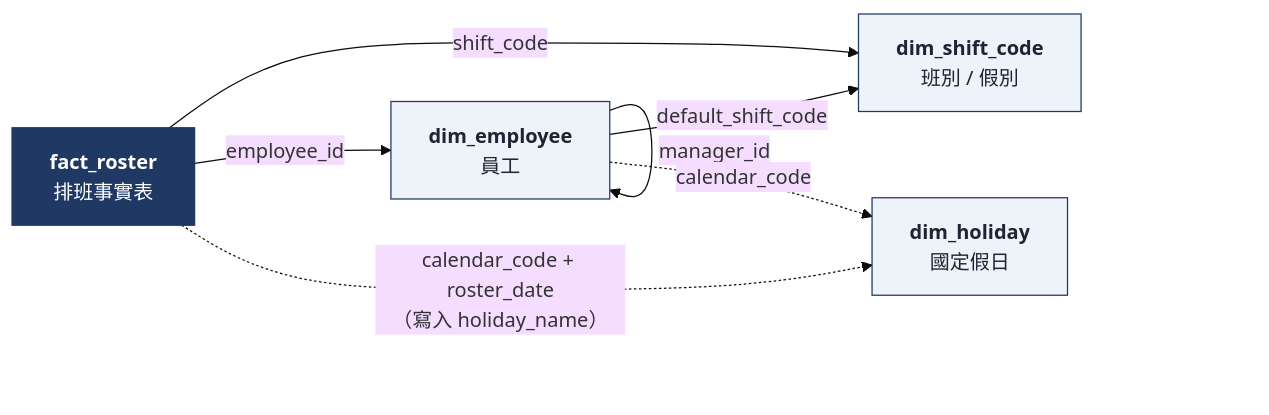
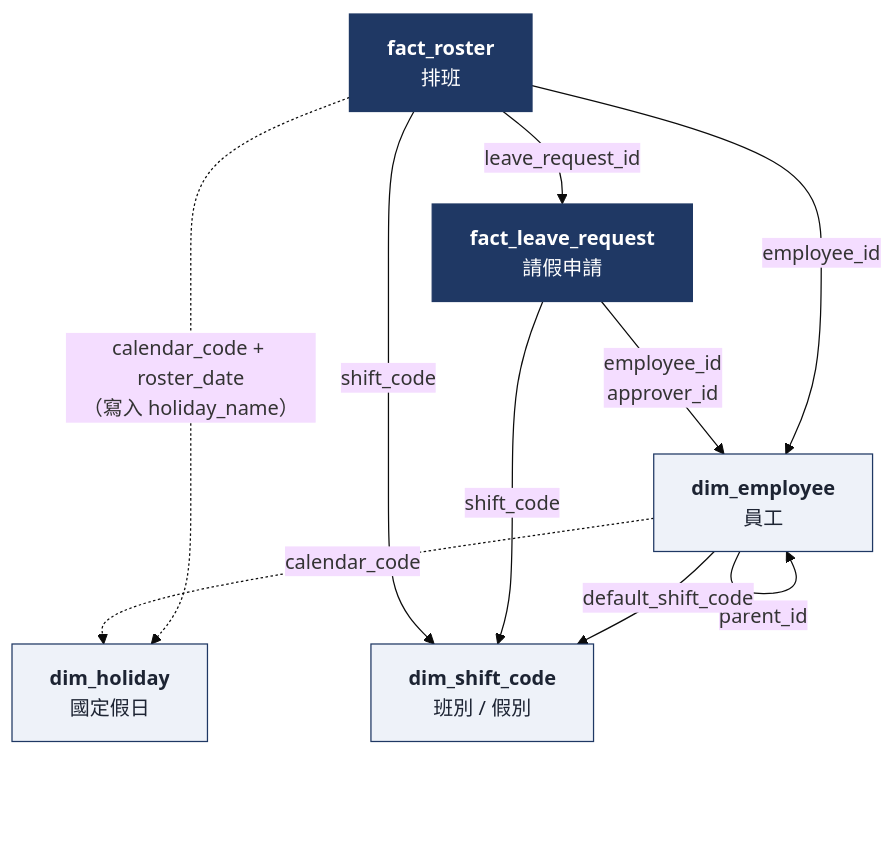
One commit to 01080710/roster changed the first of 4 diagrams in db_structure.md. Above: the diagram before and after it, drawn with Mermaid (base theme). The commit also changed other lines of this file and 6 other files, not shown here.

````diff
--- a/db_structure.md
+++ b/db_structure.md
@@ -11,19 +17,23 @@
 ```mermaid
-flowchart LR
-    fact_roster["<b>fact_roster</b><br/>排班事實表"]
+flowchart TB
+    fact_roster["<b>fact_roster</b><br/>排班"]
+    fact_leave_request["<b>fact_leave_request</b><br/>請假申請"]
     dim_employee["<b>dim_employee</b><br/>員工"]
+    dim_holiday["<b>dim_holiday</b><br/>國定假日"]
     dim_shift_code["<b>dim_shift_code</b><br/>班別 / 假別"]
-    dim_holiday["<b>dim_holiday</b><br/>國定假日"]
 
+    fact_roster -->|leave_request_id| fact_leave_request
     fact_roster -->|employee_id| dim_employee
+    fact_leave_request -->|"employee_id<br/>approver_id"| dim_employee
+    dim_employee -->|parent_id| dim_employee
+    fact_roster -.->|"calendar_code + roster_date<br/>（寫入 holiday_name）"| dim_holiday
+    dim_employee -.->|calendar_code| dim_holiday
+    dim_employee -->|default_shift_code| dim_shift_code
+    fact_leave_request -->|shift_code| dim_shift_code
     fact_roster -->|shift_code| dim_shift_code
-    dim_employee -->|default_shift_code| dim_shift_code
-    dim_employee -->|manager_id| dim_employee
-    dim_employee -.->|calendar_code| dim_holiday
-    fact_roster -.->|"calendar_code + roster_date<br/>（寫入 holiday_name）"| dim_holiday
 
     classDef fact fill:#1f3864,color:#fff,stroke:#1f3864
     classDef dim fill:#eef2f9,color:#1d2433,stroke:#1f3864
-    class fact_roster fact
+    class fact_roster,fact_leave_request fact
     class dim_employee,dim_shift_code,dim_holiday dim
 ```
````
